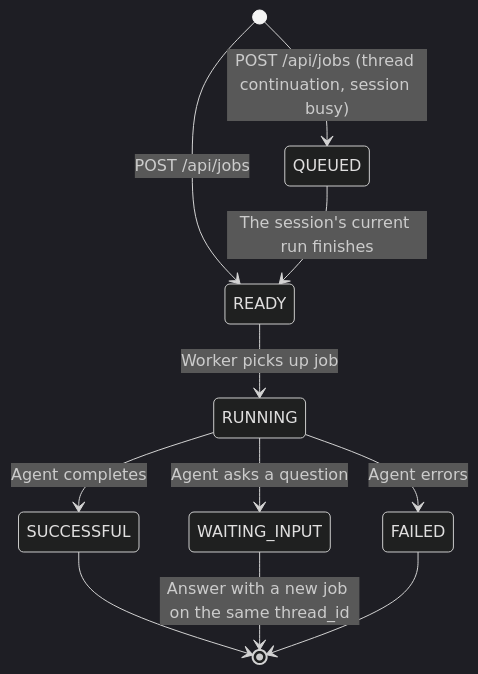
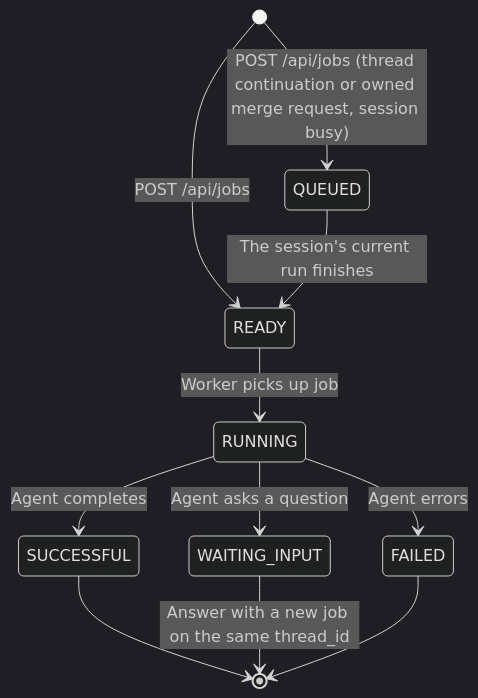
One commit to srtab/daiv changed the diagram in docs/features/jobs-api.md. Above: the diagram before and after it, drawn with Mermaid (dark theme). The commit also changed other lines of this file and 87 other files, not shown here.

First line of the commit message:
feat(jobs): Run jobs on merge requests and accept CI identity tokens

````diff
--- a/docs/features/jobs-api.md
+++ b/docs/features/jobs-api.md
@@ -267,13 +370,13 @@
 ```mermaid
 stateDiagram-v2
     [*] --> READY: POST /api/jobs
-    [*] --> QUEUED: POST /api/jobs (thread continuation, session busy)
+    [*] --> QUEUED: POST /api/jobs (thread continuation or owned merge request, session busy)
     QUEUED --> READY: The session's current run finishes
     READY --> RUNNING: Worker picks up job
     RUNNING --> SUCCESSFUL: Agent completes
     RUNNING --> WAITING_INPUT: Agent asks a question
     RUNNING --> FAILED: Agent errors
     SUCCESSFUL --> [*]
     WAITING_INPUT --> [*]: Answer with a new job on the same thread_id
     FAILED --> [*]
 ```
````
